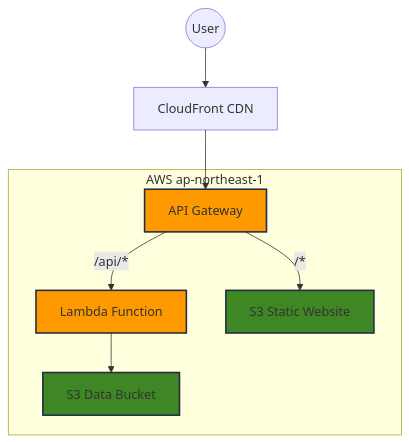
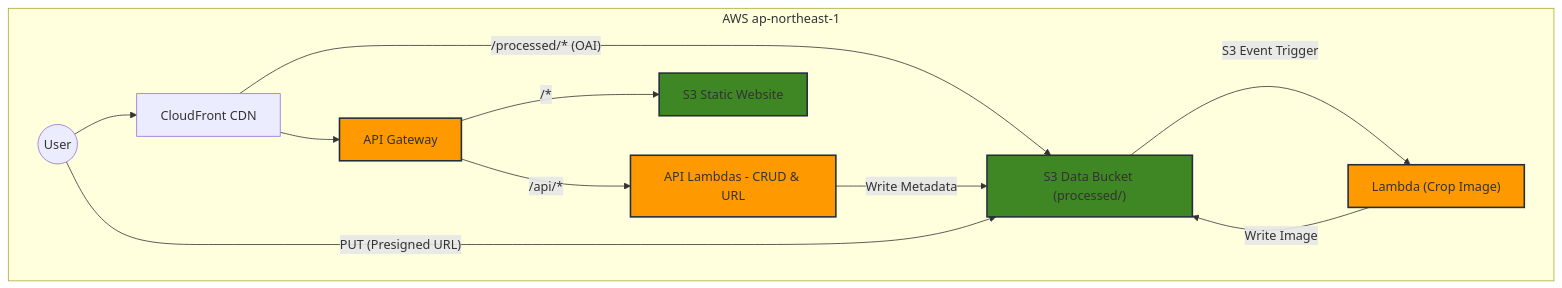
The diagram in README.md (Wells-Huang/terraform-uploading), drawn with Mermaid before and after one commit. The commit also changed other lines of this file, not shown here.

````diff
--- a/README.md
+++ b/README.md
@@ -13,17 +15,22 @@
 ```mermaid
 graph TD
     User((User)) --> CF[CloudFront CDN]
     CF --> APIGW[API Gateway]
     
     subgraph "AWS ap-northeast-1"
-        APIGW -- "/api/*" --> Lambda[Lambda Function]
+        APIGW -- "/api/*" --> LambdaAPI[API Lambdas - CRUD & URL]
         APIGW -- "/*" --> S3Web[S3 Static Website]
+        CF -- "/processed/* (OAI)" --> S3Data[S3 Data Bucket]
         
-        Lambda --> S3Data[S3 Data Bucket]
+        LambdaAPI -- Write Metadata --> S3Data
+        User -- "PUT (Presigned URL)" --> S3Data["S3 Data Bucket (raw/)"]
+        S3Data -- "S3 Event Trigger" --> LambdaCrop["Lambda (Crop Image)"]
+        LambdaCrop -- Write Image --> S3Data["S3 Data Bucket (processed/)"]
     end
     
     style APIGW fill:#ff9900,stroke:#232f3e,stroke-width:2px
-    style Lambda fill:#ff9900,stroke:#232f3e,stroke-width:2px
+    style LambdaAPI fill:#ff9900,stroke:#232f3e,stroke-width:2px
+    style LambdaCrop fill:#ff9900,stroke:#232f3e,stroke-width:2px
     style S3Web fill:#3F8624,stroke:#232f3e,stroke-width:2px
     style S3Data fill:#3F8624,stroke:#232f3e,stroke-width:2px
 ```
````
